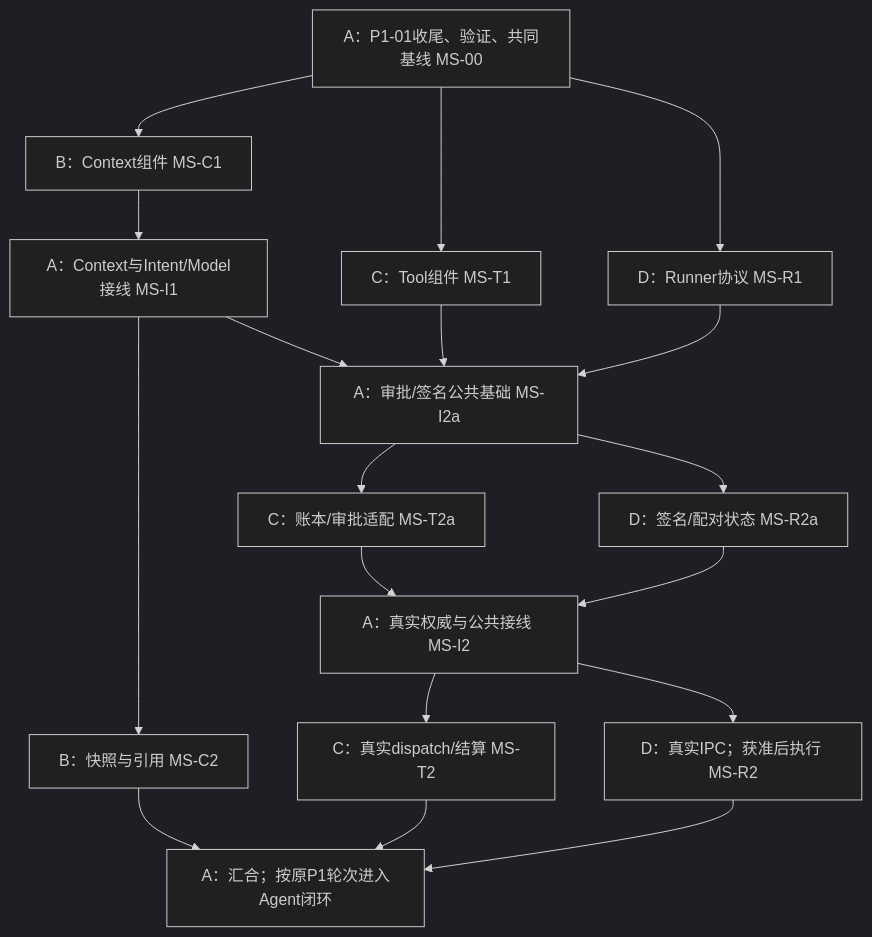
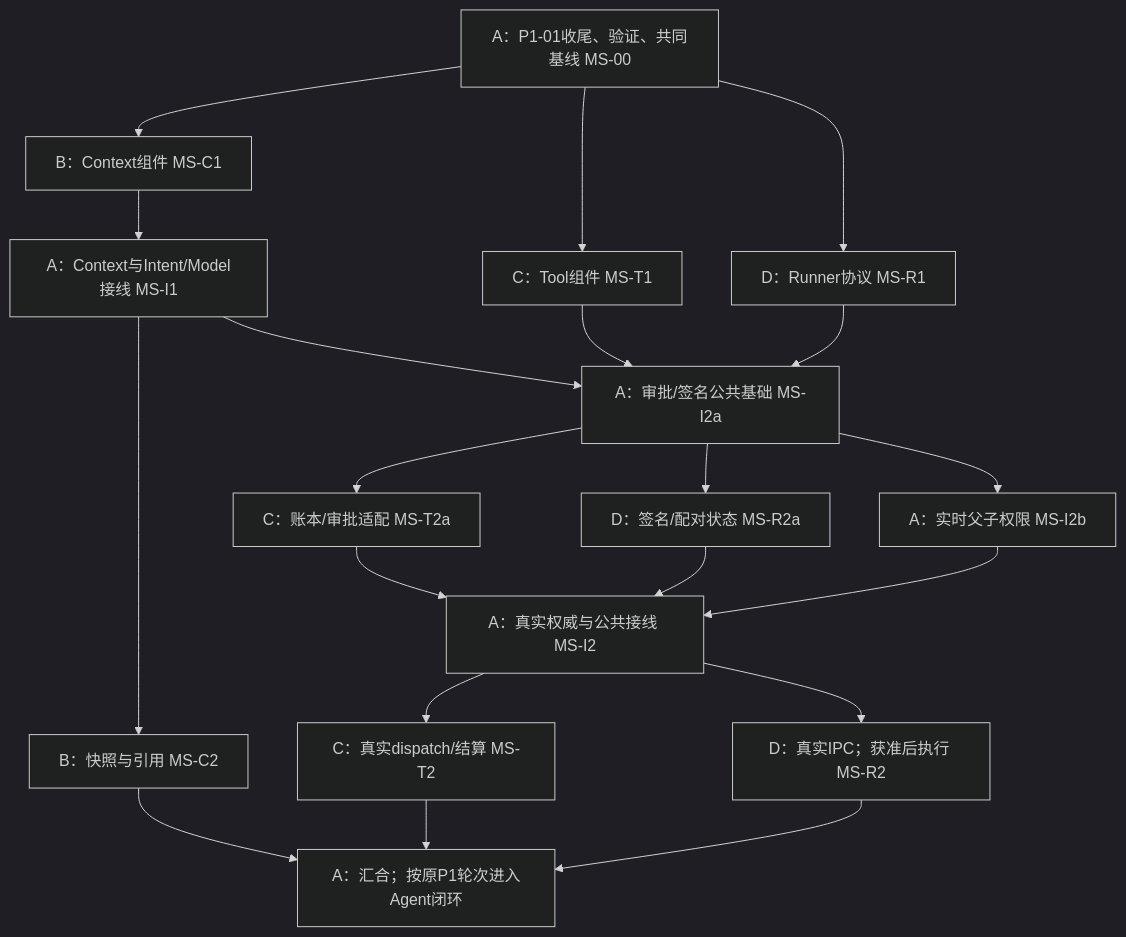
The diagram in docs/plan/PARALLEL.md (Guozai3633/UAW), drawn with Mermaid (dark theme) before and after one commit. The commit also changed other lines of this file and 16 other files, not shown here.

````diff
--- a/docs/plan/PARALLEL.md
+++ b/docs/plan/PARALLEL.md
@@ -44,20 +44,22 @@
 ```mermaid
 flowchart TD
   A0["A：P1-01收尾、验证、共同基线 MS-00"] --> B1["B：Context组件 MS-C1"]
   A0 --> C1["C：Tool组件 MS-T1"]
   A0 --> D1["D：Runner协议 MS-R1"]
   B1 --> I1["A：Context与Intent/Model接线 MS-I1"]
   I1 --> B2["B：快照与引用 MS-C2"]
   C1 --> I2a["A：审批/签名公共基础 MS-I2a"]
   D1 --> I2a
   I1 --> I2a
   I2a --> C2a["C：账本/审批适配 MS-T2a"]
   I2a --> D2a["D：签名/配对状态 MS-R2a"]
+  I2a --> I2b["A：实时父子权限 MS-I2b"]
   C2a --> I2["A：真实权威与公共接线 MS-I2"]
   D2a --> I2
+  I2b --> I2
   I2 --> C2["C：真实dispatch/结算 MS-T2"]
   I2 --> D2["D：真实IPC；获准后执行 MS-R2"]
   B2 --> I3["A：汇合；按原P1轮次进入Agent闭环"]
   C2 --> I3
   D2 --> I3
 ```
````
